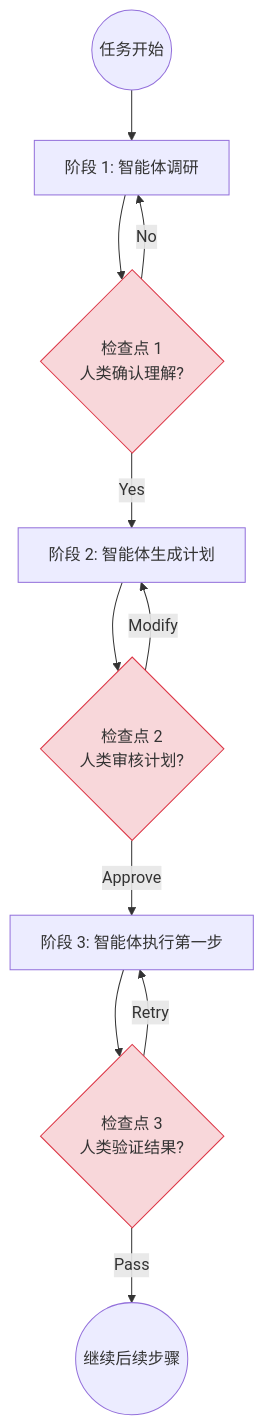
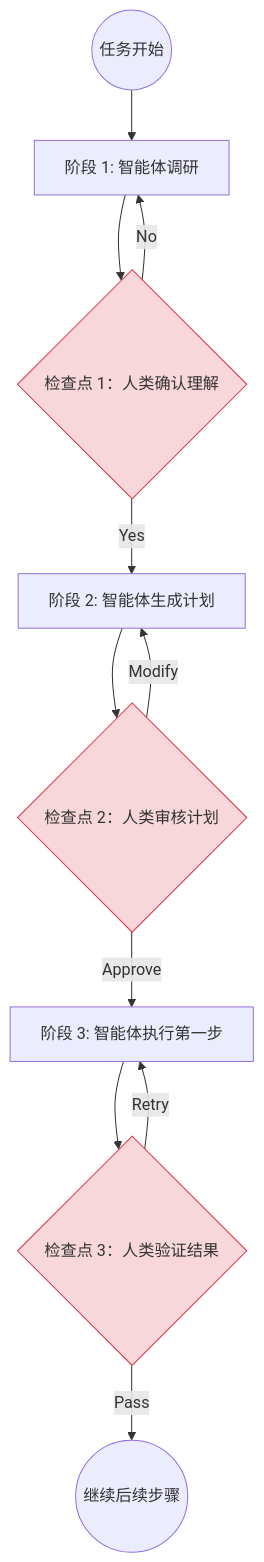
One commit to yeasy/agentic_ai_guide changed the second of 6 diagrams in 10_agentic_coding/10.5_best_practices.md. Above: the diagram before and after it, drawn with Mermaid. The commit also changed other lines of this file and 2 other files, not shown here.

````diff
--- a/10_agentic_coding/10.5_best_practices.md
+++ b/10_agentic_coding/10.5_best_practices.md
@@ -119,17 +119,17 @@
 ```mermaid
 graph TD
     Start((任务开始)) --> Research[阶段 1: 智能体调研]
-    Research --> Check1{检查点 1\n人类确认理解?}
+    Research --> Check1{检查点 1：人类确认理解}
     Check1 -- No --> Research
     Check1 -- Yes --> Plan[阶段 2: 智能体生成计划]
-    Plan --> Check2{检查点 2\n人类审核计划?}
+    Plan --> Check2{检查点 2：人类审核计划}
     Check2 -- Modify --> Plan
     Check2 -- Approve --> Execute[阶段 3: 智能体执行第一步]
-    Execute --> Check3{检查点 3\n人类验证结果?}
+    Execute --> Check3{检查点 3：人类验证结果}
     Check3 -- Retry --> Execute
     Check3 -- Pass --> Continue((继续后续步骤))
 
     style Check1 fill:#f8d7da,stroke:#dc3545
     style Check2 fill:#f8d7da,stroke:#dc3545
     style Check3 fill:#f8d7da,stroke:#dc3545
 ```
````
